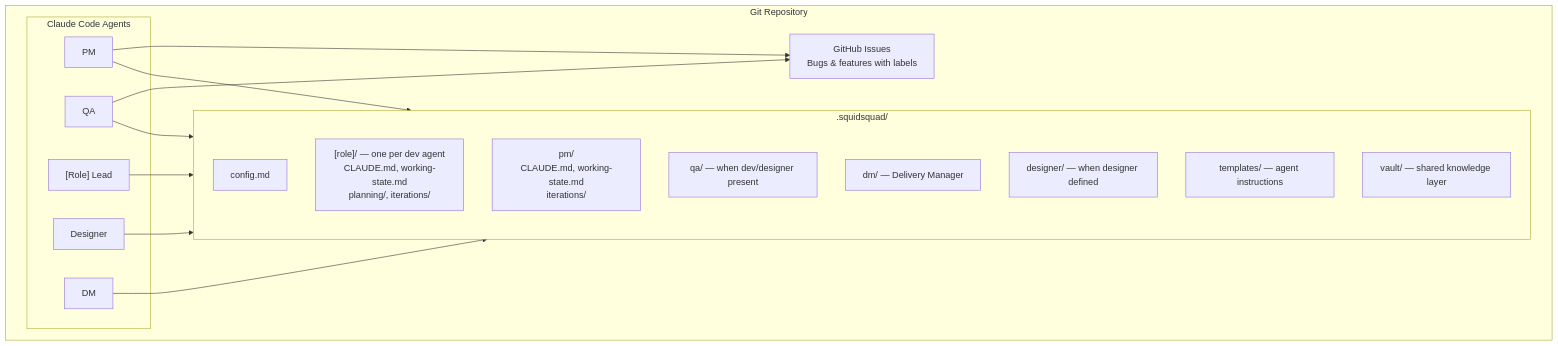
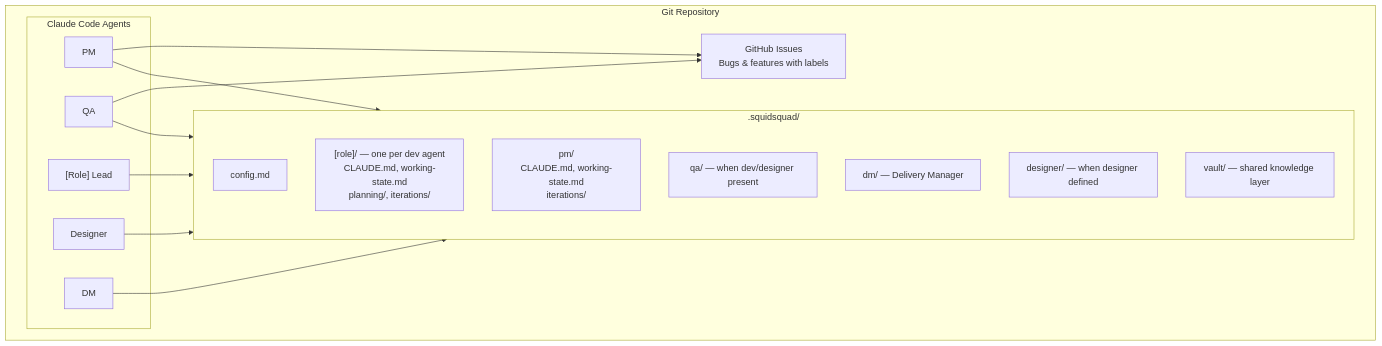
The diagram in SKILL.md (WallyDoodlez/SquidSquad), drawn with Mermaid before and after one commit. The commit also changed other lines of this file and 1 other file, not shown here.

````diff
--- a/SKILL.md
+++ b/SKILL.md
@@ -18,33 +18,32 @@
 ```mermaid
 graph TD
     subgraph repo["Git Repository"]
         subgraph agents["Claude Code Agents"]
             RL["[Role] Lead"]
             DE["Designer"]
             QA["QA"]
             PM["PM"]
             DM["DM"]
         end
 
         subgraph squid[".squidsquad/"]
             config["config.md"]
             role_dir["[role]/ — one per dev agent\nCLAUDE.md, working-state.md\nplanning/, iterations/"]
             pm_dir["pm/\nCLAUDE.md, working-state.md\niterations/"]
             qa_dir["qa/ — when dev/designer present"]
             dm_dir["dm/ — Delivery Manager"]
             designer_dir["designer/ — when designer defined"]
-            templates["templates/ — agent instructions"]
             vault["vault/ — shared knowledge layer"]
         end
 
         GH["GitHub Issues\nBugs & features with labels"]
     end
 
     RL --> squid
     DE --> squid
     QA --> squid
     PM --> squid
     DM --> squid
     PM --> GH
     QA --> GH
 ```
````
